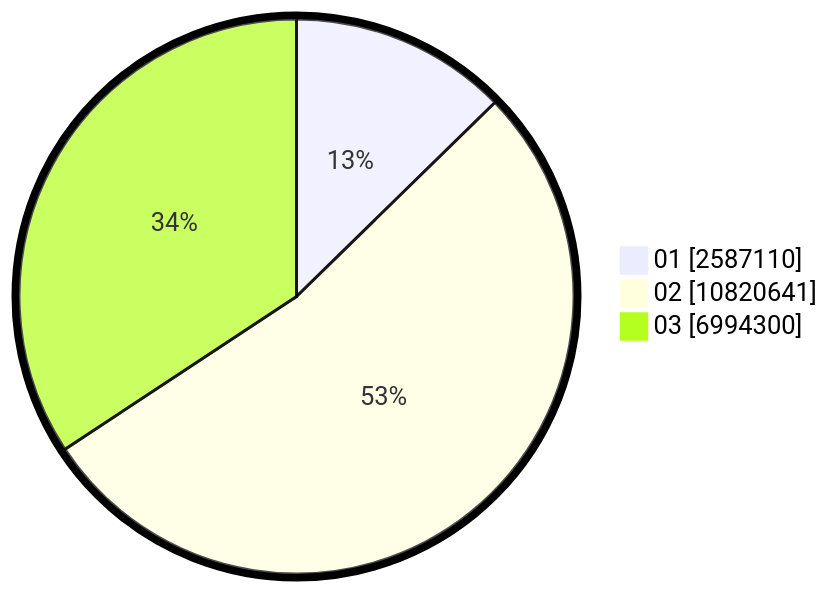
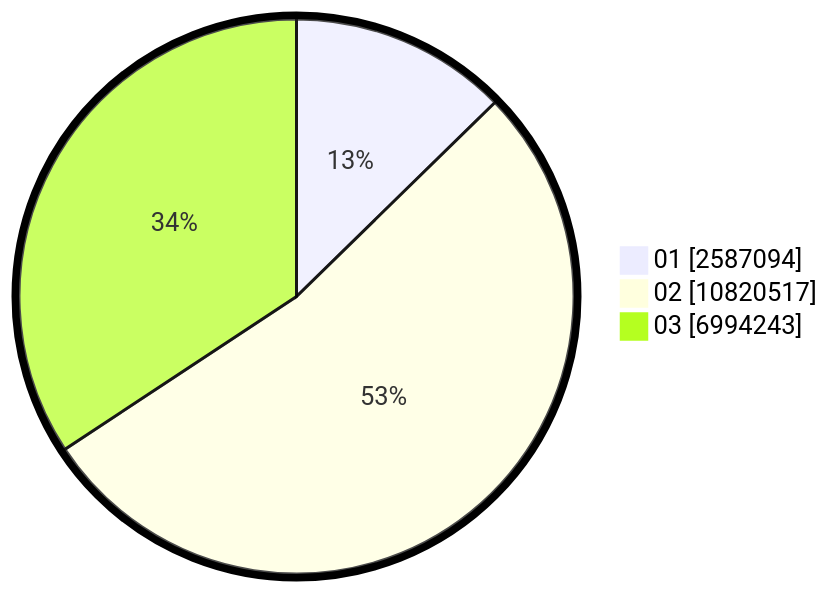
One commit to gigit-pemilu/pemilu-2024 changed the second of 2 diagrams in pilpres/hitung-suara/sub/table-wilayah-33.md. Above: the diagram before and after it, drawn with Mermaid. The commit also changed other lines of this file and 10 other files, not shown here.

````diff
--- a/pilpres/hitung-suara/sub/table-wilayah-33.md
+++ b/pilpres/hitung-suara/sub/table-wilayah-33.md
@@ -15,7 +15,7 @@
 ```mermaid
 %%{init: {"pie": {"textPosition": 0.5}, "themeVariables": {"pieOuterStrokeWidth": "5px"}} }%%
 pie showData
-    "01" : 2587110
-    "02" : 10820641
-    "03" : 6994300
+    "01" : 2587094
+    "02" : 10820517
+    "03" : 6994243
 ```
````
